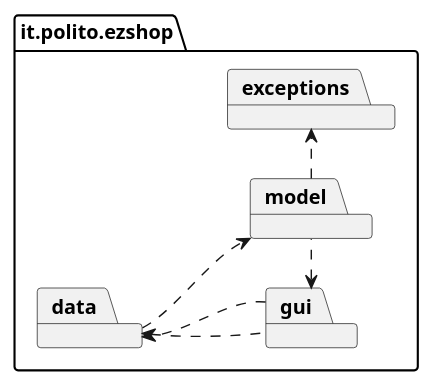
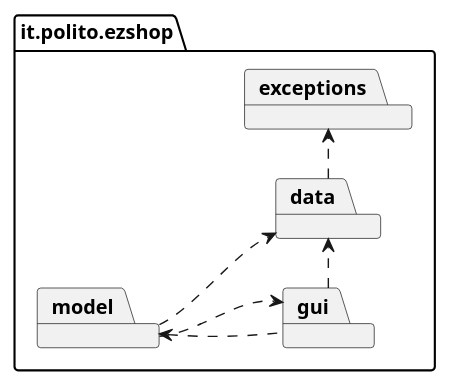
Before and after one commit to marco-ballario/EzShop: the first of 4 diagrams in Deliverables/DesignDocument.md, drawn with PlantUML.

Commit message:
fix: package diagram

````diff
--- a/Deliverables/DesignDocument.md
+++ b/Deliverables/DesignDocument.md
@@ -28,17 +28,17 @@
 ```plantuml
 @startuml
 package "it.polito.ezshop" {
   left to right direction
   package gui
   package model
   package data
   package exceptions
 }
 
-model .r.> exceptions
-data ..> model
-gui .l.> data
-model .l.> gui
-gui ..> data
+data .r.> exceptions
+model ..> data
+gui .l.> model
+gui .r.> data
+model ..> gui
 @enduml
 ```
````
